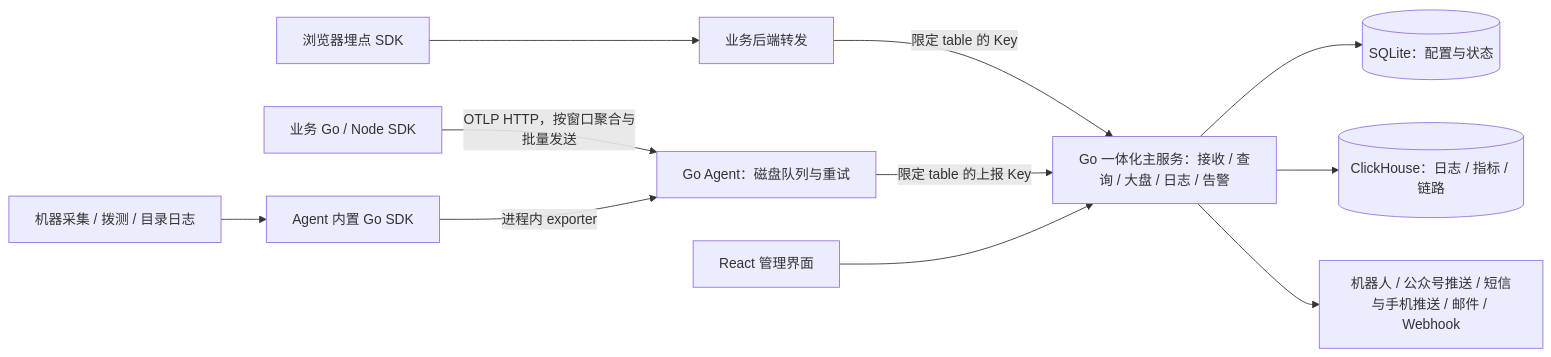
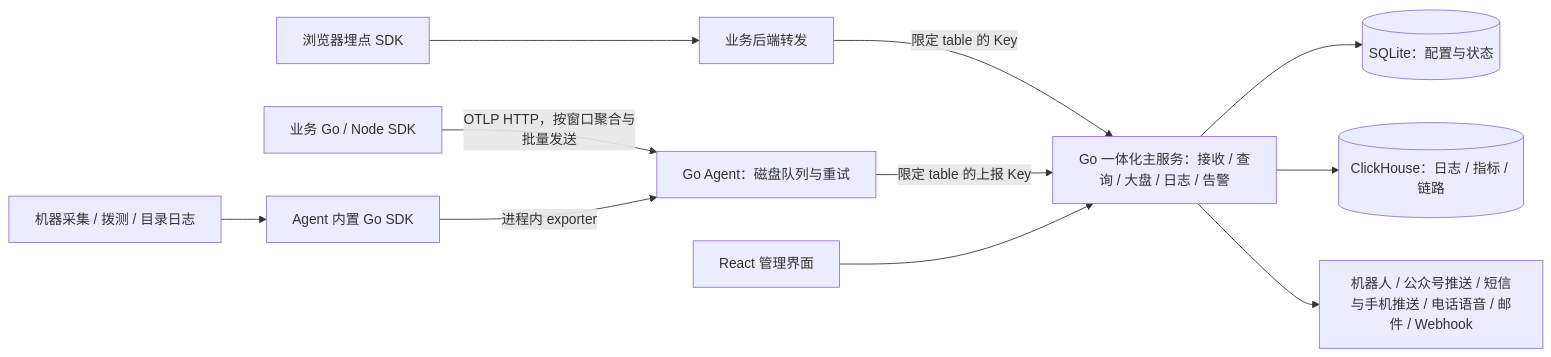
One commit to workhold/lightmoni changed the diagram in docs/architecture.md. Above: the diagram before and after it, drawn with Mermaid. The commit also changed other lines of this file and 73 other files, not shown here.

````diff
--- a/docs/architecture.md
+++ b/docs/architecture.md
@@ -21,13 +21,13 @@
 ```mermaid
 flowchart LR
     B[浏览器埋点 SDK] --> P[业务后端转发]
     P -->|限定 table 的 Key| M
     S[业务 Go / Node SDK] -->|OTLP HTTP，按窗口聚合与批量发送| A
     H[机器采集 / 拨测 / 目录日志] --> G[Agent 内置 Go SDK]
     G -->|进程内 exporter| A
     A[Go Agent：磁盘队列与重试] -->|限定 table 的上报 Key| M
     U[React 管理界面] --> M
     M[Go 一体化主服务：接收 / 查询 / 大盘 / 日志 / 告警] --> Q[(SQLite：配置与状态)]
     M --> C[(ClickHouse：日志 / 指标 / 链路)]
-    M --> N[机器人 / 公众号推送 / 短信与手机推送 / 邮件 / Webhook]
+    M --> N[机器人 / 公众号推送 / 短信与手机推送 / 电话语音 / 邮件 / Webhook]
 ```
````
